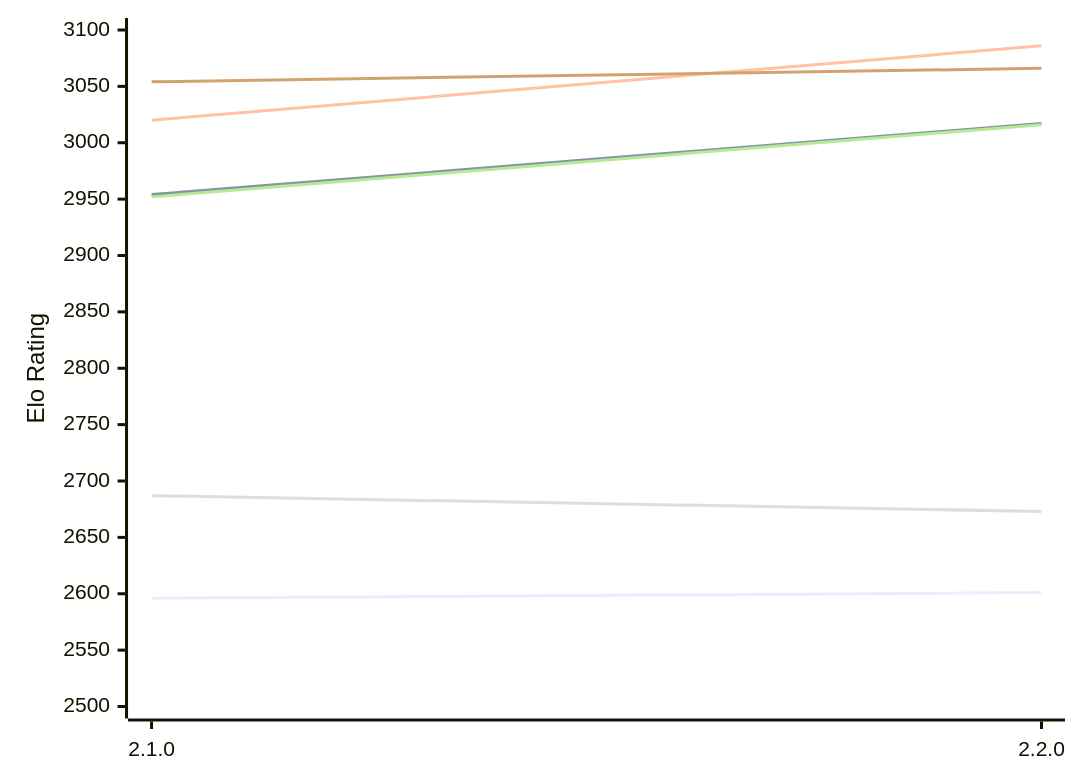
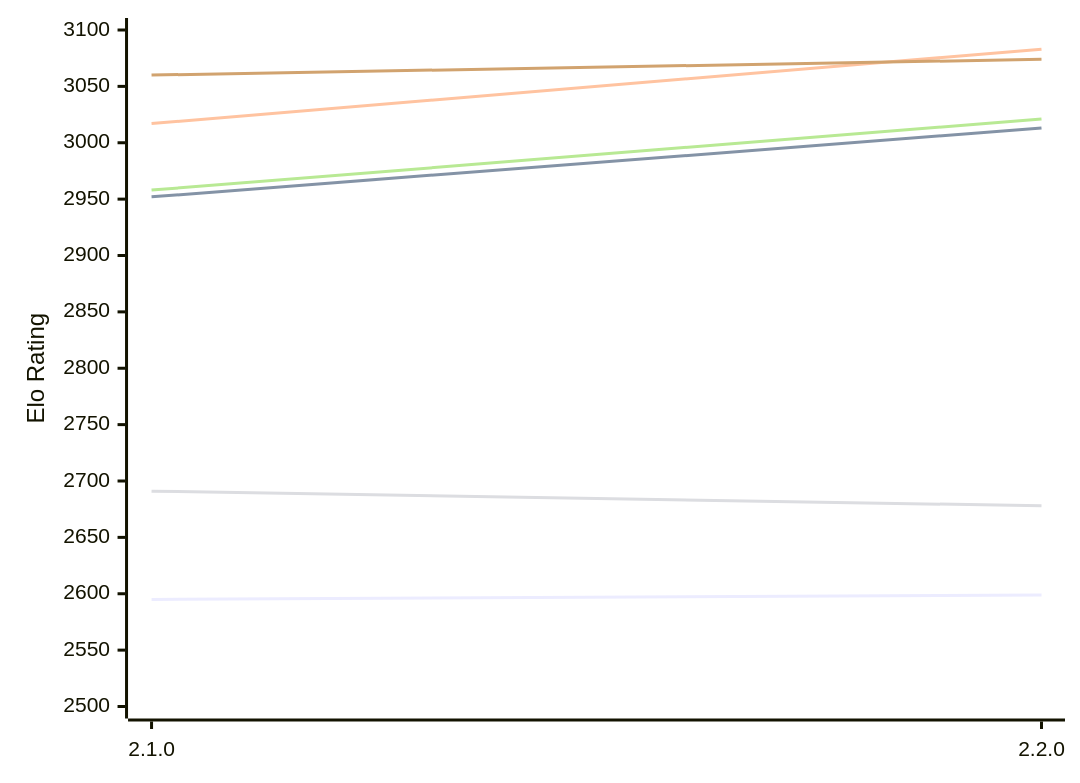
One commit to computer-chess-index/cci changed the first of 2 diagrams in engines/Aspen.md. Above: the diagram before and after it, drawn with Mermaid. The commit also changed other lines of this file, not shown here.

Commit message:
Update CCI Ratings (ELO VLTC) - 2026-11-23

````diff
--- a/engines/Aspen.md
+++ b/engines/Aspen.md
@@ -52,12 +52,12 @@
 ```mermaid
 %%{init: {"theme":"base","themeVariables":{"seriesColors:['#a3a3a3','#222221','#faa371']}}}%%
 xychart-beta
   x-axis ["2.1.0", "2.2.0"]
   y-axis "Elo Rating" 2500 --> 3100
-  line "E1: STC (8.0+0.08s)" [2596, 2601]
-  line "E1: LTC (60.0+0.60s)" [2954, 3017]
-  line "E1: VLTC (2m24s+1.12s)" [3020, 3086]
-  line "P1: STC (8.0+0.08s)" [2687, 2673]
-  line "P1: LTC (60.0+0.60s)" [2952, 3016]
-  line "P1: VLTC (2m24s+1.12s)" [3054, 3066]
+  line "E1: STC (8.0+0.08s)" [2595, 2599]
+  line "E1: LTC (60.0+0.60s)" [2952, 3013]
+  line "E1: VLTC (2m24s+1.12s)" [3017, 3083]
+  line "P1: STC (8.0+0.08s)" [2691, 2678]
+  line "P1: LTC (60.0+0.60s)" [2958, 3021]
+  line "P1: VLTC (2m24s+1.12s)" [3060, 3074]
 ```
````
